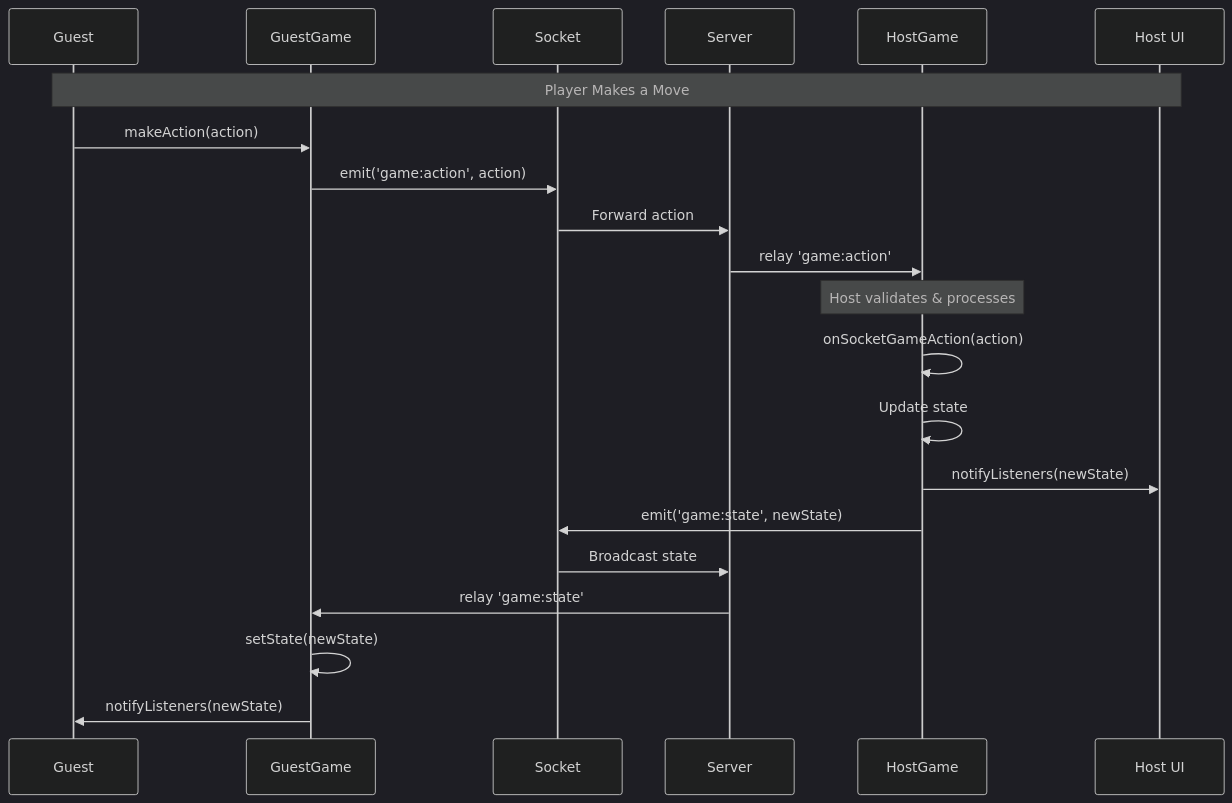
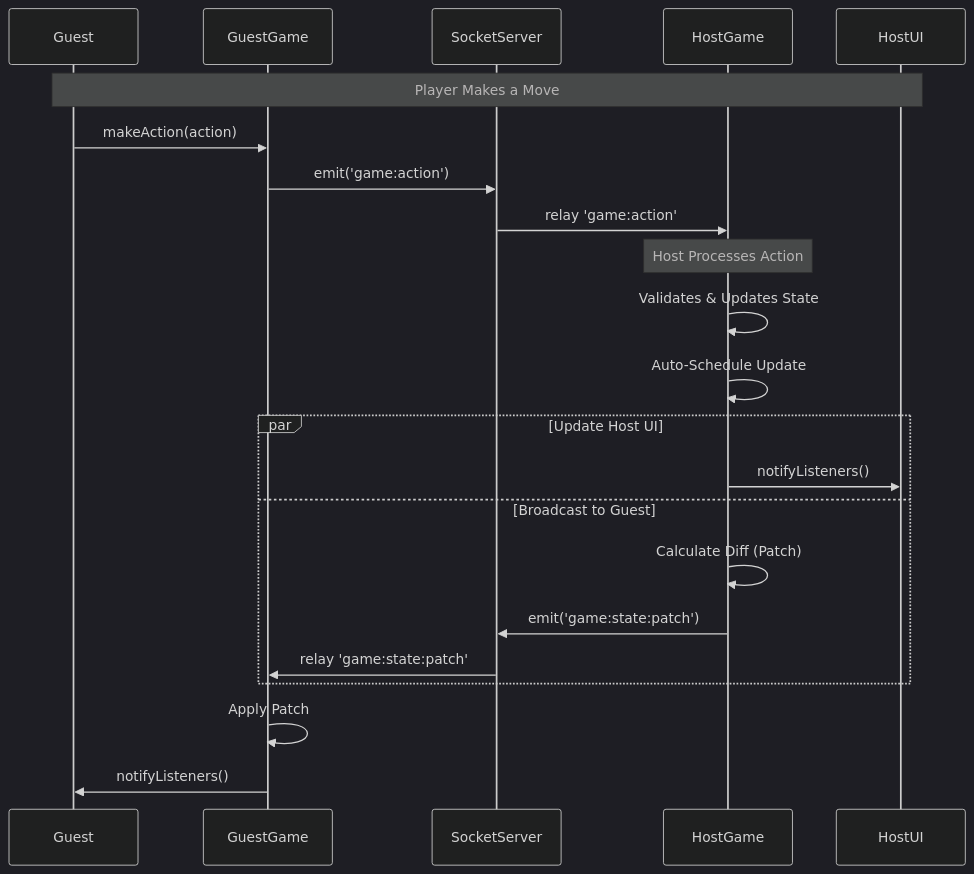
One commit to ltvmoon/gamehub24 changed the second of 2 diagrams in client/src/games/README.md. Above: the diagram before and after it, drawn with Mermaid (dark theme). The commit also changed other lines of this file and 9 other files, not shown here.

````diff
--- a/client/src/games/README.md
+++ b/client/src/games/README.md
@@ -71,25 +70,28 @@
 ```mermaid
 sequenceDiagram
     participant Guest
     participant GuestGame
-    participant Socket
-    participant Server
+    participant SocketServer
     participant HostGame
-    participant Host UI
+    participant HostUI
 
-    Note over Guest,Host UI: Player Makes a Move
+    Note over Guest,HostUI: Player Makes a Move
     Guest->>GuestGame: makeAction(action)
-    GuestGame->>Socket: emit('game:action', action)
-    Socket->>Server: Forward action
-    Server->>HostGame: relay 'game:action'
+    GuestGame->>SocketServer: emit('game:action')
+    SocketServer->>HostGame: relay 'game:action'
 
-    Note over HostGame: Host validates & processes
-    HostGame->>HostGame: onSocketGameAction(action)
-    HostGame->>HostGame: Update state
-    HostGame->>Host UI: notifyListeners(newState)
-    HostGame->>Socket: emit('game:state', newState)
-    Socket->>Server: Broadcast state
-    Server->>GuestGame: relay 'game:state'
-    GuestGame->>GuestGame: setState(newState)
-    GuestGame->>Guest: notifyListeners(newState)
+    Note over HostGame: Host Processes Action
+    HostGame->>HostGame: Validates & Updates State
+    HostGame->>HostGame: Auto-Schedule Update
+
+    par Update Host UI
+        HostGame->>HostUI: notifyListeners()
+    and Broadcast to Guest
+        HostGame->>HostGame: Calculate Diff (Patch)
+        HostGame->>SocketServer: emit('game:state:patch')
+        SocketServer->>GuestGame: relay 'game:state:patch'
+    end
+
+    GuestGame->>GuestGame: Apply Patch
+    GuestGame->>Guest: notifyListeners()
 ```
````
